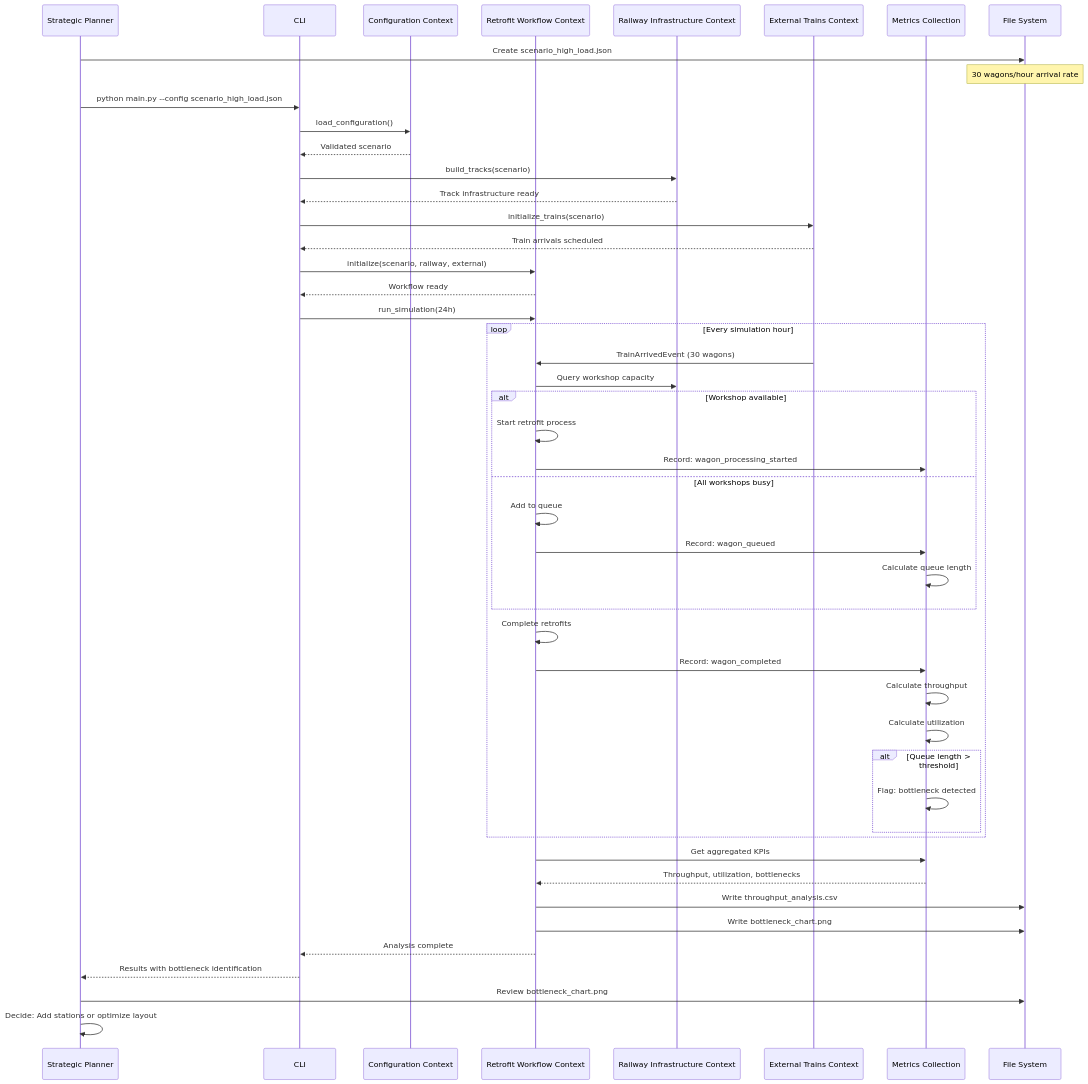
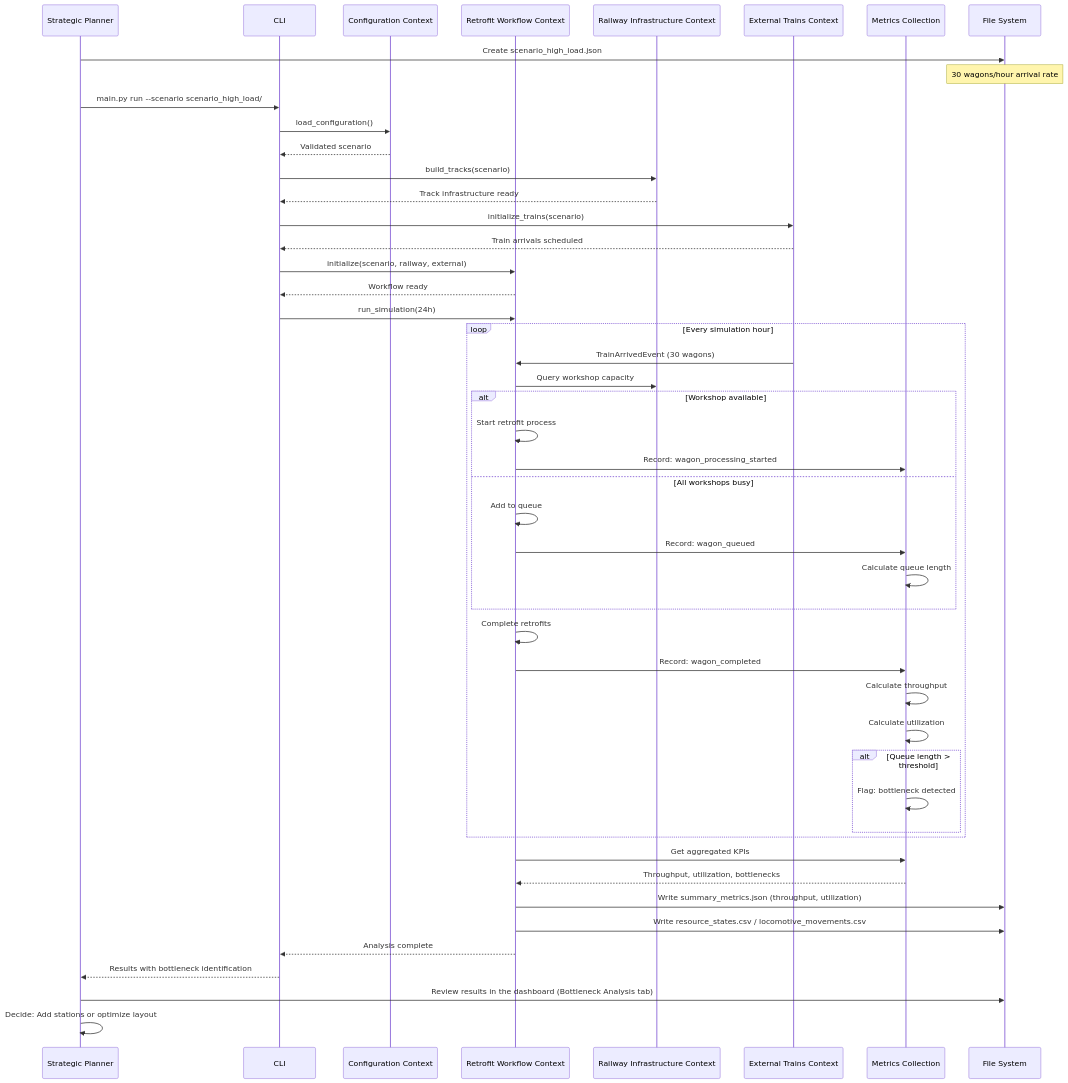
One commit to OpenRailAssociation/dac-migration-dss-popupsim changed the second of 8 diagrams in docs/mvp/architecture/06-runtime.md. Above: the diagram before and after it, drawn with Mermaid. The commit also changed other lines of this file and 73 other files, not shown here.

````diff
--- a/docs/mvp/architecture/06-runtime.md
+++ b/docs/mvp/architecture/06-runtime.md
@@ -92,63 +92,63 @@
 ```mermaid
 sequenceDiagram
     participant Planner as Strategic Planner
     participant CLI as CLI
     participant Config as Configuration Context
     participant Retrofit as Retrofit Workflow Context
     participant Railway as Railway Infrastructure Context
     participant External as External Trains Context
     participant Metrics as Metrics Collection
     participant Files as File System
 
     Planner->>Files: Create scenario_high_load.json
     Note over Files: 30 wagons/hour arrival rate
 
-    Planner->>CLI: python main.py --config scenario_high_load.json
+    Planner->>CLI: main.py run --scenario scenario_high_load/
     CLI->>Config: load_configuration()
     Config-->>CLI: Validated scenario
 
     CLI->>Railway: build_tracks(scenario)
     Railway-->>CLI: Track infrastructure ready
     
     CLI->>External: initialize_trains(scenario)
     External-->>CLI: Train arrivals scheduled
     
     CLI->>Retrofit: initialize(scenario, railway, external)
     Retrofit-->>CLI: Workflow ready
 
     CLI->>Retrofit: run_simulation(24h)
 
     loop Every simulation hour
         External->>Retrofit: TrainArrivedEvent (30 wagons)
         Retrofit->>Railway: Query workshop capacity
 
         alt Workshop available
             Retrofit->>Retrofit: Start retrofit process
             Retrofit->>Metrics: Record: wagon_processing_started
         else All workshops busy
             Retrofit->>Retrofit: Add to queue
             Retrofit->>Metrics: Record: wagon_queued
             Metrics->>Metrics: Calculate queue length
         end
 
         Retrofit->>Retrofit: Complete retrofits
         Retrofit->>Metrics: Record: wagon_completed
         Metrics->>Metrics: Calculate throughput
         Metrics->>Metrics: Calculate utilization
 
         alt Queue length > threshold
             Metrics->>Metrics: Flag: bottleneck detected
         end
     end
 
     Retrofit->>Metrics: Get aggregated KPIs
     Metrics-->>Retrofit: Throughput, utilization, bottlenecks
 
-    Retrofit->>Files: Write throughput_analysis.csv
-    Retrofit->>Files: Write bottleneck_chart.png
+    Retrofit->>Files: Write summary_metrics.json (throughput, utilization)
+    Retrofit->>Files: Write resource_states.csv / locomotive_movements.csv
     Retrofit-->>CLI: Analysis complete
 
     CLI-->>Planner: Results with bottleneck identification
-    Planner->>Files: Review bottleneck_chart.png
+    Planner->>Files: Review results in the dashboard (Bottleneck Analysis tab)
     Planner->>Planner: Decide: Add stations or optimize layout
 ```
````
